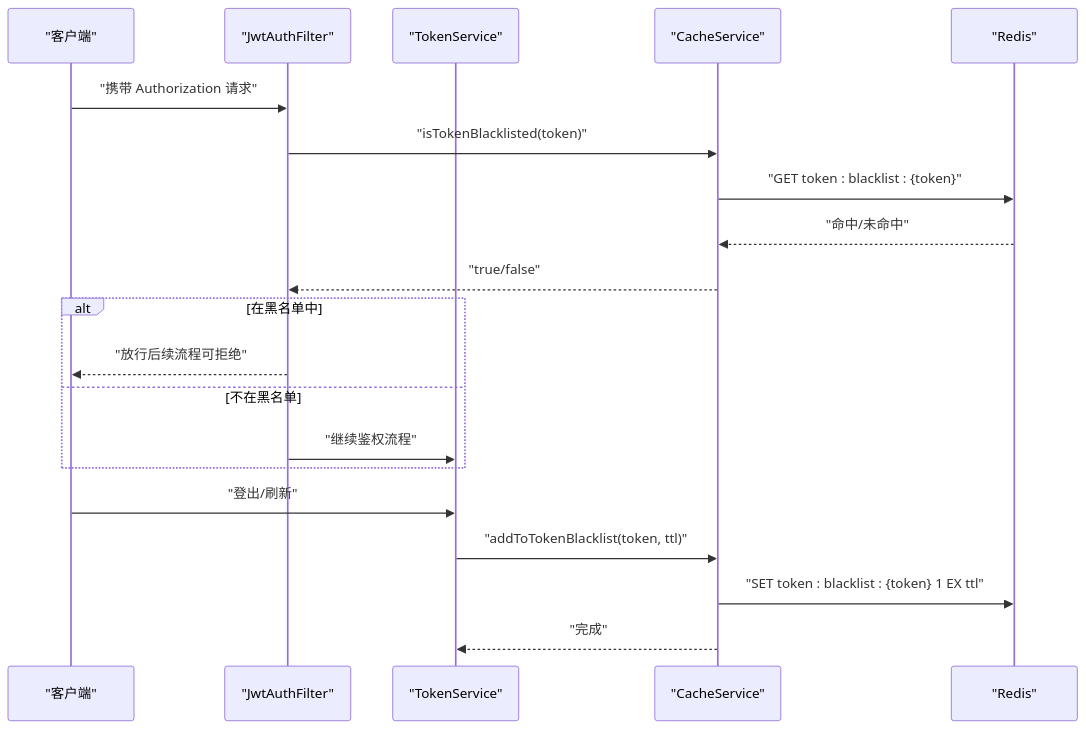
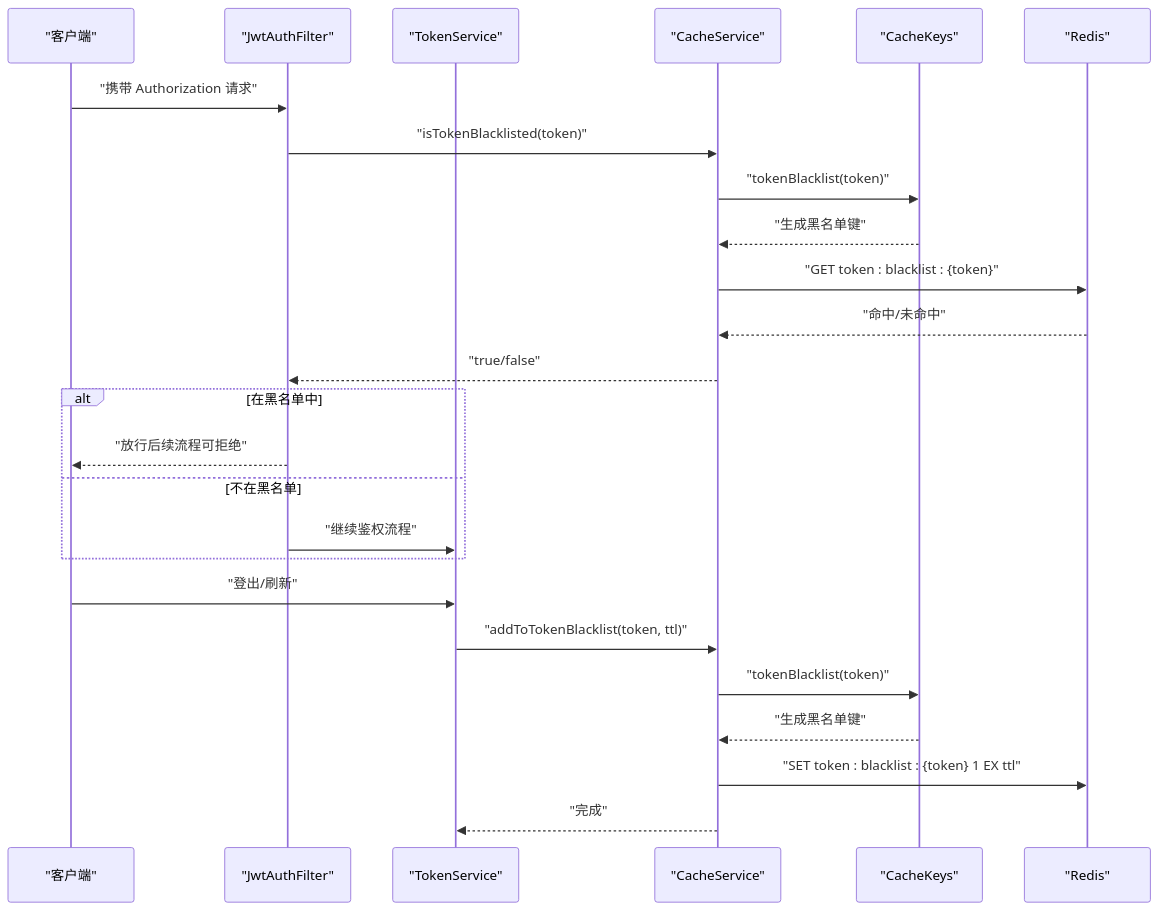
Before and after one commit to PersonNoName/FreeTrader: the second of 9 diagrams in .qoder/repowiki/zh/content/后端系统/服务层设计/缓存服务.md, drawn with Mermaid. The commit also changed other lines of this file and 10 other files, not shown here.

````diff
--- a/.qoder/repowiki/zh/content/后端系统/服务层设计/缓存服务.md
+++ b/.qoder/repowiki/zh/content/后端系统/服务层设计/缓存服务.md
@@ -89,22 +113,27 @@
 ```mermaid
 sequenceDiagram
 participant Client as "客户端"
 participant Filter as "JwtAuthFilter"
 participant TokenSvc as "TokenService"
 participant Cache as "CacheService"
+participant CacheKeys as "CacheKeys"
 participant Redis as "Redis"
 Client->>Filter : "携带 Authorization 请求"
 Filter->>Cache : "isTokenBlacklisted(token)"
+Cache->>CacheKeys : "tokenBlacklist(token)"
+CacheKeys-->>Cache : "生成黑名单键"
 Cache->>Redis : "GET token : blacklist : {token}"
 Redis-->>Cache : "命中/未命中"
 Cache-->>Filter : "true/false"
 alt 在黑名单中
 Filter-->>Client : "放行后续流程可拒绝"
 else 不在黑名单
 Filter->>TokenSvc : "继续鉴权流程"
 end
 Client->>TokenSvc : "登出/刷新"
 TokenSvc->>Cache : "addToTokenBlacklist(token, ttl)"
+Cache->>CacheKeys : "tokenBlacklist(token)"
+CacheKeys-->>Cache : "生成黑名单键"
 Cache->>Redis : "SET token : blacklist : {token} 1 EX ttl"
 Cache-->>TokenSvc : "完成"
 ```
````
